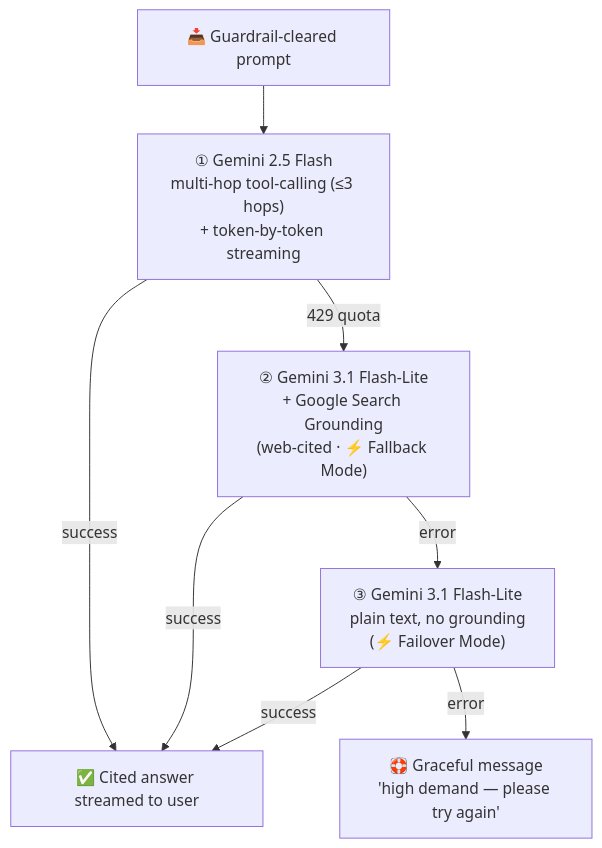
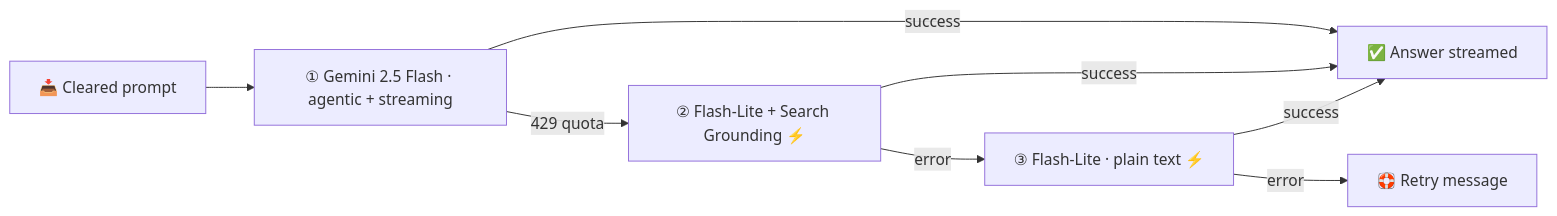
Before and after one commit to leshweyeewin/merlion-os: the third of 3 diagrams in README.md, drawn with Mermaid. The commit also changed other lines of this file and 17 other files, not shown here.

````diff
--- a/README.md
+++ b/README.md
@@ -85,10 +85,10 @@
 ```mermaid
-flowchart TD
-    Q["📥 Guardrail-cleared prompt"] --> T1["① Gemini 2.5 Flash<br/>multi-hop tool-calling (≤3 hops)<br/>+ token-by-token streaming"]
-    T1 -- success --> Done["✅ Cited answer streamed to user"]
-    T1 -- "429 quota" --> T2["② Gemini 3.1 Flash-Lite<br/>+ Google Search Grounding<br/>(web-cited · ⚡ Fallback Mode)"]
-    T2 -- success --> Done
-    T2 -- error --> T3["③ Gemini 3.1 Flash-Lite<br/>plain text, no grounding<br/>(⚡ Failover Mode)"]
-    T3 -- success --> Done
-    T3 -- error --> T4["🛟 Graceful message<br/>'high demand — please try again'"]
+flowchart LR
+    Q["📥 Cleared prompt"] --> T1["① Gemini 2.5 Flash · agentic + streaming"]
+    T1 -->|success| Done["✅ Answer streamed"]
+    T1 -->|429 quota| T2["② Flash-Lite + Search Grounding ⚡"]
+    T2 -->|success| Done
+    T2 -->|error| T3["③ Flash-Lite · plain text ⚡"]
+    T3 -->|success| Done
+    T3 -->|error| T4["🛟 Retry message"]
 ```
````
